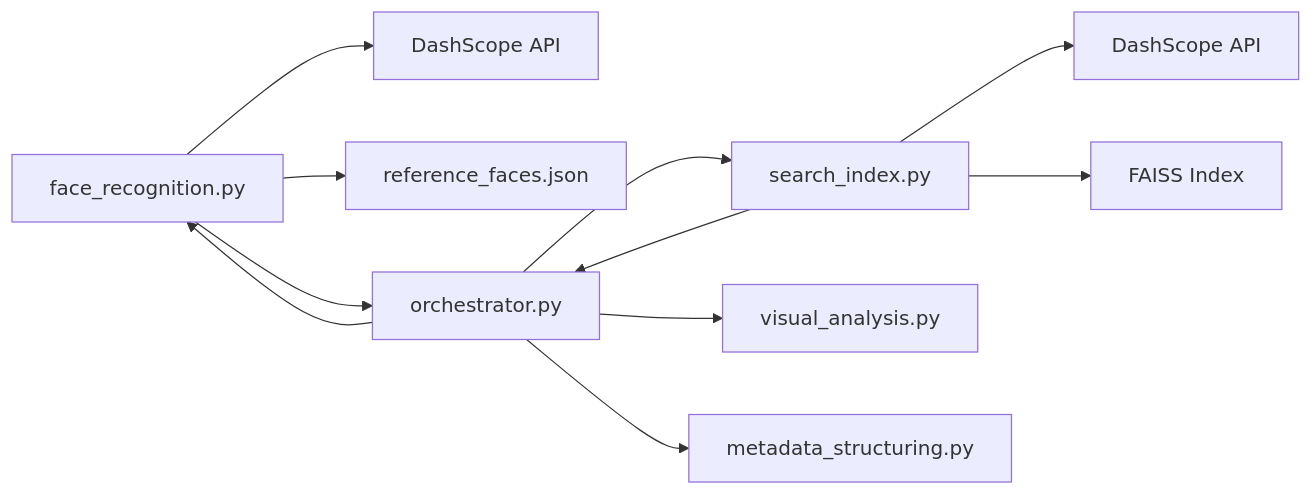
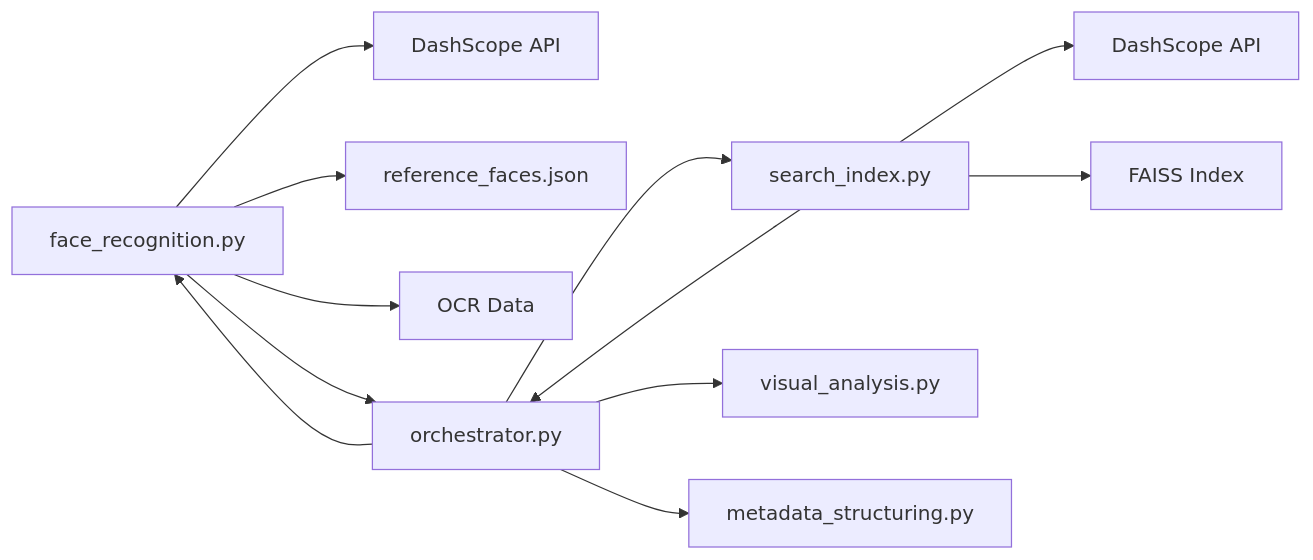
The fifth of 5 diagrams in .qoder/repowiki/en/content/Media Processing Pipeline/Face Recognition Stage.md (alexandreybasta-cyber/dubai-media-ai), drawn with Mermaid before and after one commit. The commit also changed other lines of this file and 54 other files, not shown here.

````diff
--- a/.qoder/repowiki/en/content/Media Processing Pipeline/Face Recognition Stage.md
+++ b/.qoder/repowiki/en/content/Media Processing Pipeline/Face Recognition Stage.md
@@ -215,13 +289,14 @@
 ```mermaid
 graph LR
 FR["face_recognition.py"] --> DS["DashScope API"]
 FR --> RF["reference_faces.json"]
+FR --> OCR["OCR Data"]
 FR --> ORCH["orchestrator.py"]
 SI["search_index.py"] --> DS2["DashScope API"]
 SI --> FAISS["FAISS Index"]
 SI --> ORCH
 ORCH --> VA["visual_analysis.py"]
 ORCH --> FR
 ORCH --> MS["metadata_structuring.py"]
 ORCH --> SI
 ```
````
